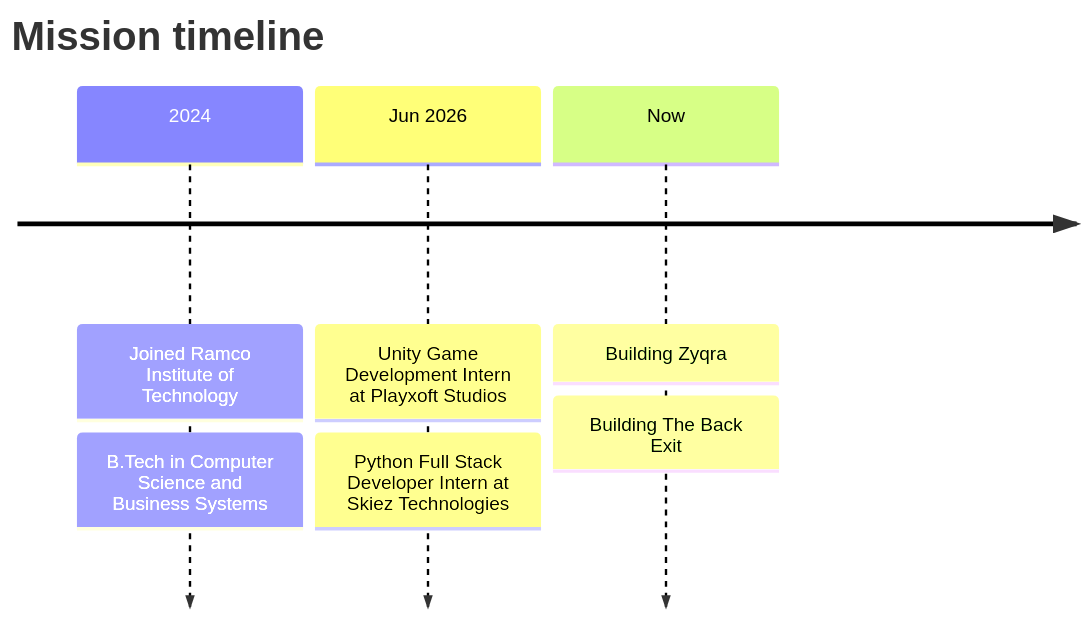
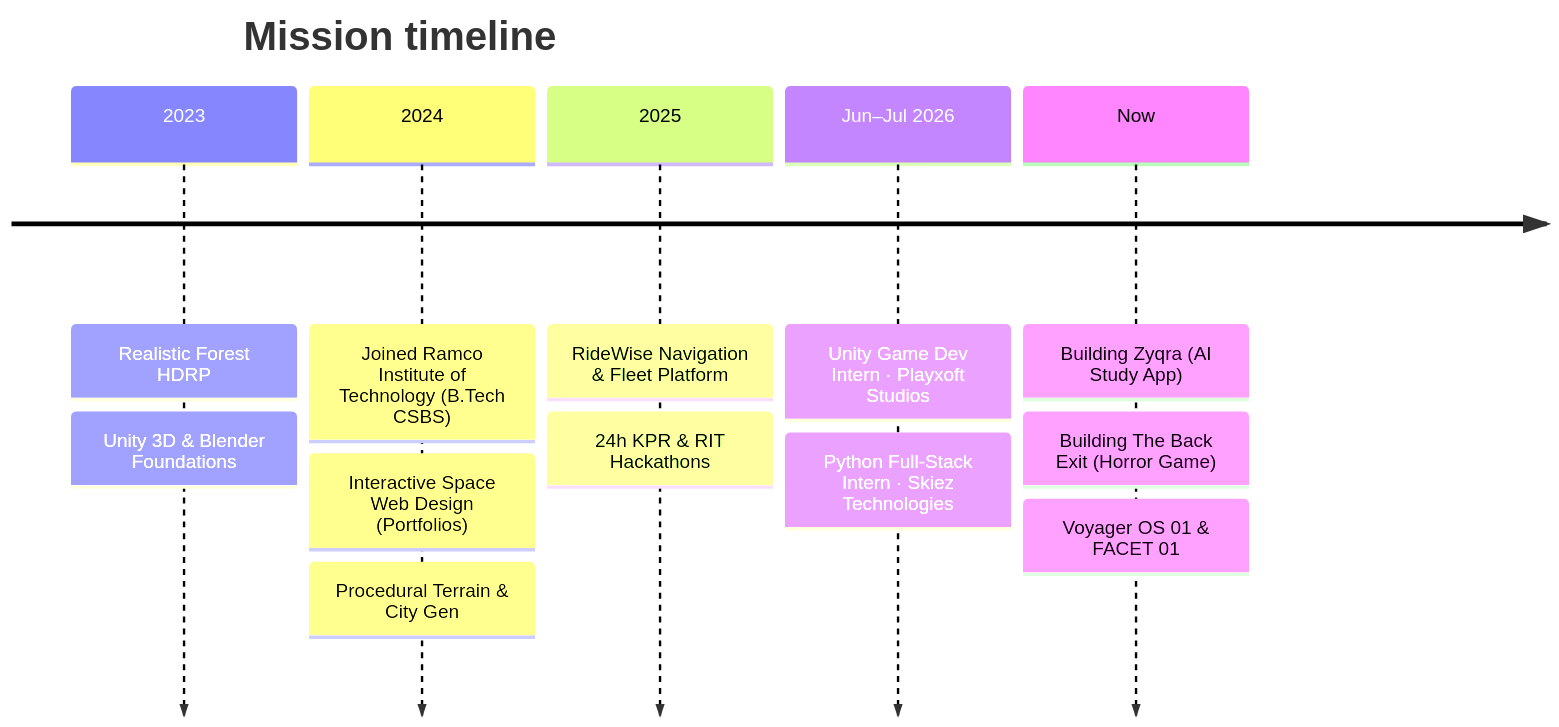
The diagram in README.md (sGokulaKumaran/sGokulaKumaran), drawn with Mermaid before and after one commit. The commit also changed 1 other file, not shown here.

Commit message:
Update snake to crimson red & purple palette and expand mission timeline

````diff
--- a/README.md
+++ b/README.md
@@ -119,7 +119,9 @@
 ```mermaid
 timeline
     title Mission timeline
-    2024 : Joined Ramco Institute of Technology : B.Tech in Computer Science and Business Systems
-    Jun 2026 : Unity Game Development Intern at Playxoft Studios : Python Full Stack Developer Intern at Skiez Technologies
-    Now : Building Zyqra : Building The Back Exit
+    2023 : Realistic Forest HDRP : Unity 3D & Blender Foundations
+    2024 : Joined Ramco Institute of Technology (B.Tech CSBS) : Interactive Space Web Design (Portfolios) : Procedural Terrain & City Gen
+    2025 : RideWise Navigation & Fleet Platform : 24h KPR & RIT Hackathons
+    Jun–Jul 2026 : Unity Game Dev Intern · Playxoft Studios : Python Full-Stack Intern · Skiez Technologies
+    Now : Building Zyqra (AI Study App) : Building The Back Exit (Horror Game) : Voyager OS 01 & FACET 01
 ```
````
